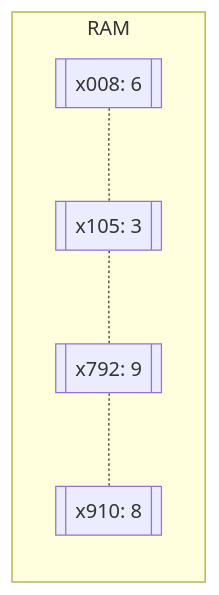
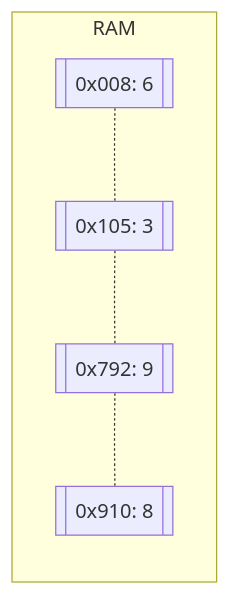
The second of 2 diagrams in linkedlist.md (brpandey/leetcode-notes), drawn with Mermaid before and after one commit. The commit also changed other lines of this file, not shown here.

Commit message:
Update linkedlist.md
Minor corrections

````diff
--- a/linkedlist.md
+++ b/linkedlist.md
@@ -28,9 +28,9 @@
 ```mermaid
 flowchart LR
     subgraph RAM
-        id1[[x008: 6]] -.- id2
-        id2[[x105: 3]] -.- id3
-        id3[[x792: 9]] -.- id4
-        id4[[x910: 8]]
+        id1[[0x008: 6]] -.- id2
+        id2[[0x105: 3]] -.- id3
+        id3[[0x792: 9]] -.- id4
+        id4[[0x910: 8]]
     end
  ```
````
